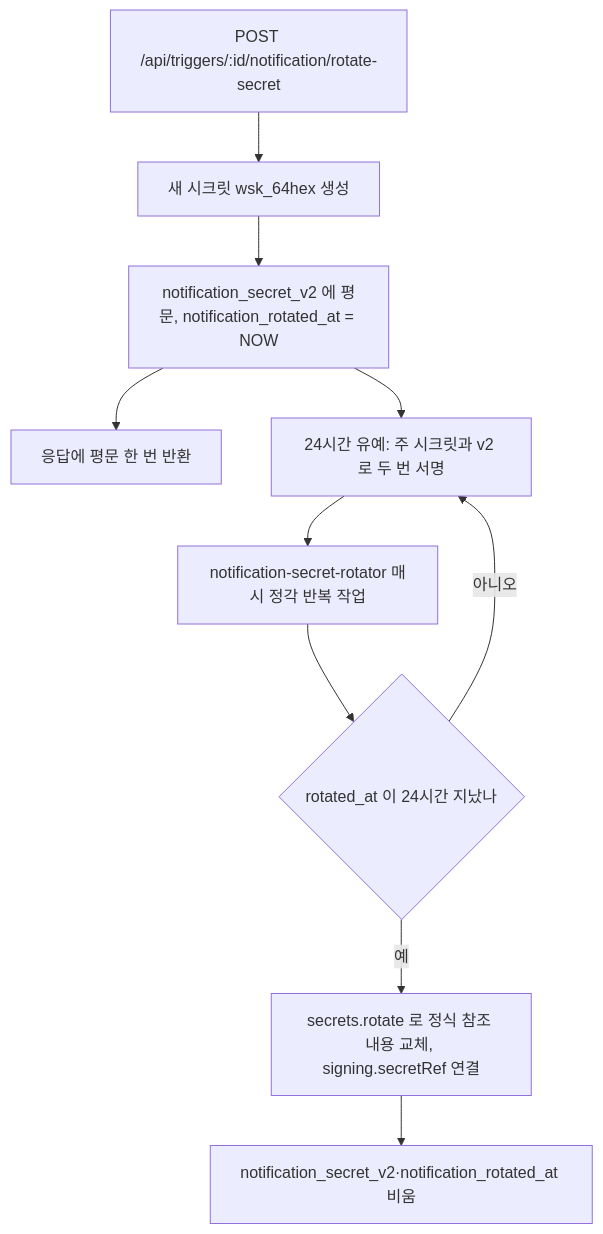
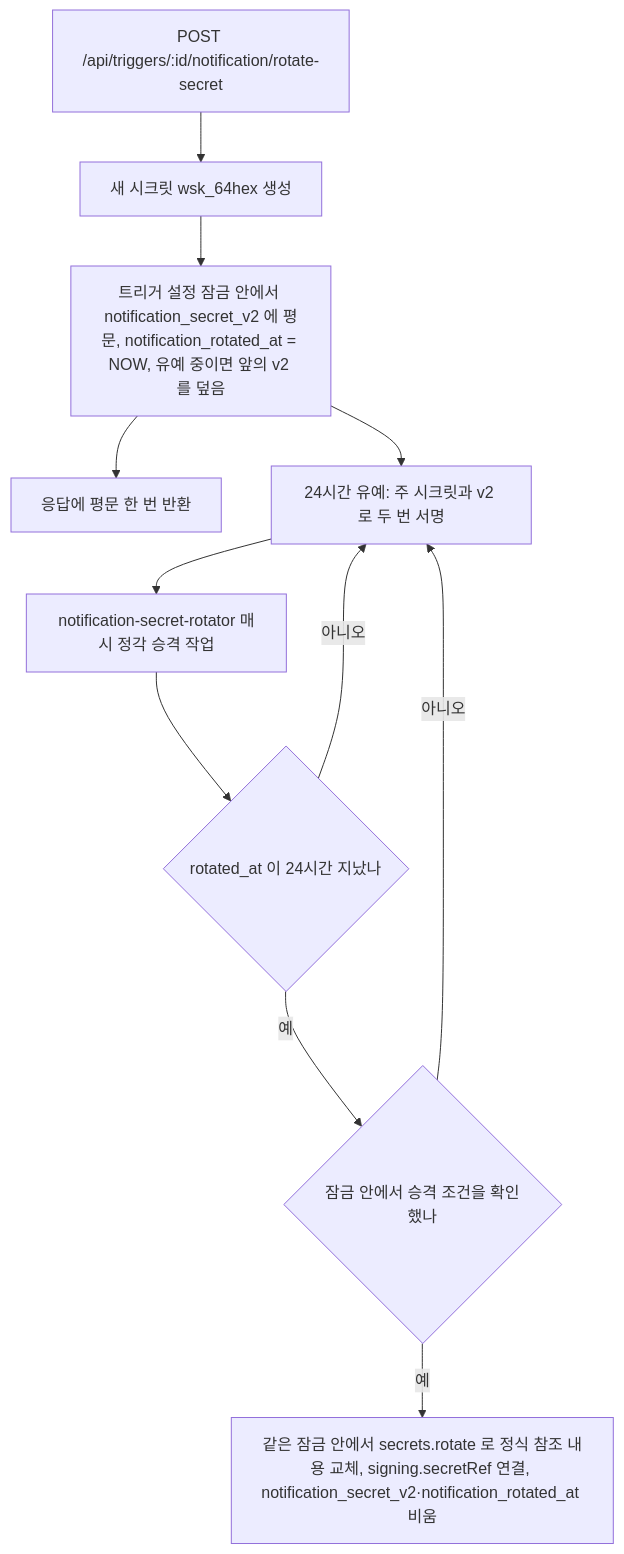
One commit to worker-ants/clemvion changed the fifth of 7 diagrams in spec/CLE-IX/CLE-EIA-DATA.md. Above: the diagram before and after it, drawn with Mermaid. The commit also changed other lines of this file and 56 other files, not shown here.

````diff
--- a/spec/CLE-IX/CLE-EIA-DATA.md
+++ b/spec/CLE-IX/CLE-EIA-DATA.md
@@ -267,12 +286,13 @@
 ```mermaid
 flowchart TD
   A[POST /api/triggers/:id/notification/rotate-secret] --> B[새 시크릿 wsk_64hex 생성]
-  B --> C[notification_secret_v2 에 평문, notification_rotated_at = NOW]
+  B --> C[트리거 설정 잠금 안에서 notification_secret_v2 에 평문, notification_rotated_at = NOW, 유예 중이면 앞의 v2 를 덮음]
   C --> D[응답에 평문 한 번 반환]
   C --> E[24시간 유예: 주 시크릿과 v2 로 두 번 서명]
-  E --> F[notification-secret-rotator 매시 정각 반복 작업]
+  E --> F[notification-secret-rotator 매시 정각 승격 작업]
   F --> G{rotated_at 이 24시간 지났나}
-  G -->|예| H[secrets.rotate 로 정식 참조 내용 교체, signing.secretRef 연결]
-  H --> I[notification_secret_v2·notification_rotated_at 비움]
+  G -->|예| H{잠금 안에서 승격 조건을 확인했나}
+  H -->|예| I[같은 잠금 안에서 secrets.rotate 로 정식 참조 내용 교체, signing.secretRef 연결, notification_secret_v2·notification_rotated_at 비움]
+  H -->|아니오| E
   G -->|아니오| E
 ```
````
